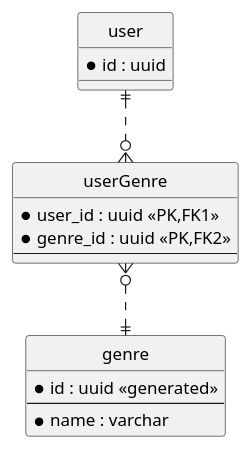
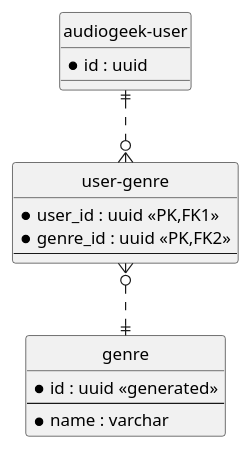
The diagram in design/entity.puml (Iron-Hills-Dev/audiogeek-preferences-agent), drawn with PlantUML before and after one commit. The commit also changed 22 other files, not shown here.

```diff
--- a/design/entity.puml
+++ b/design/entity.puml
@@ -2,25 +2,25 @@
 @startuml
 
 hide circle
 skinparam linetype ortho
 
-entity "user" as user {
+entity "audiogeek-user" as user {
   *id : uuid
 }
 
 entity "genre" as genre {
   *id : uuid <<generated>>
   --
   *name : varchar
 }
 
-entity "userGenre" as userGenre {
+entity "user-genre" as userGenre {
   *user_id : uuid <<PK,FK1>>
   *genre_id : uuid <<PK,FK2>>
   --
 }
 
 user ||..o{ userGenre
 userGenre }o..|| genre
 
 @enduml
```
